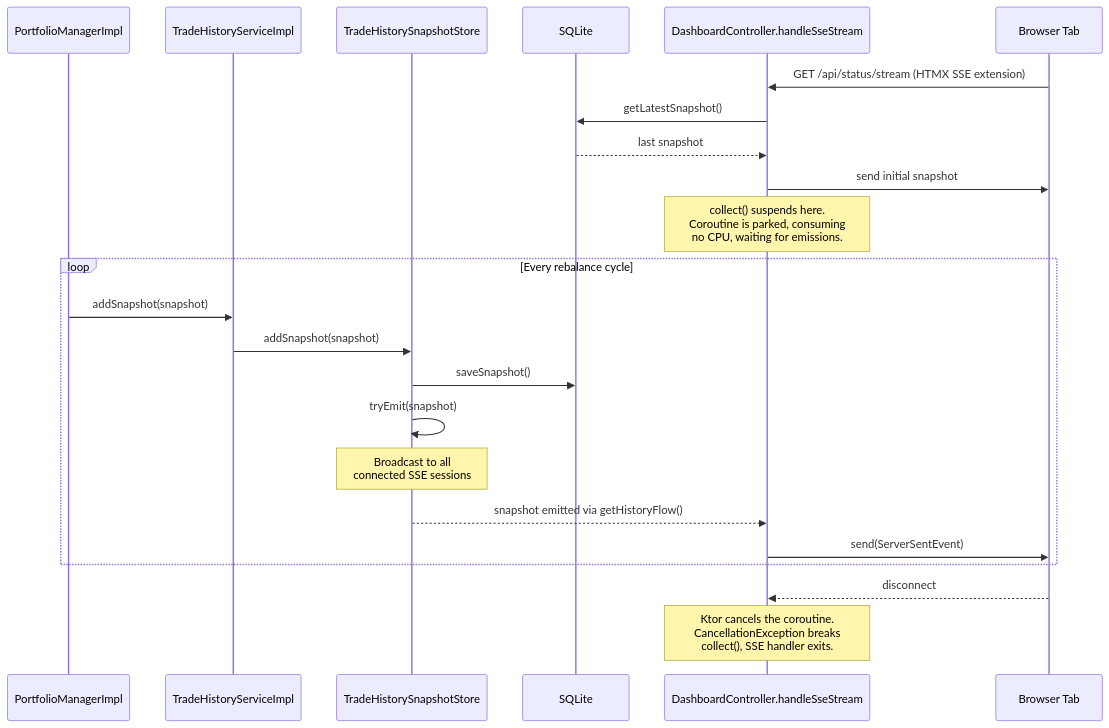
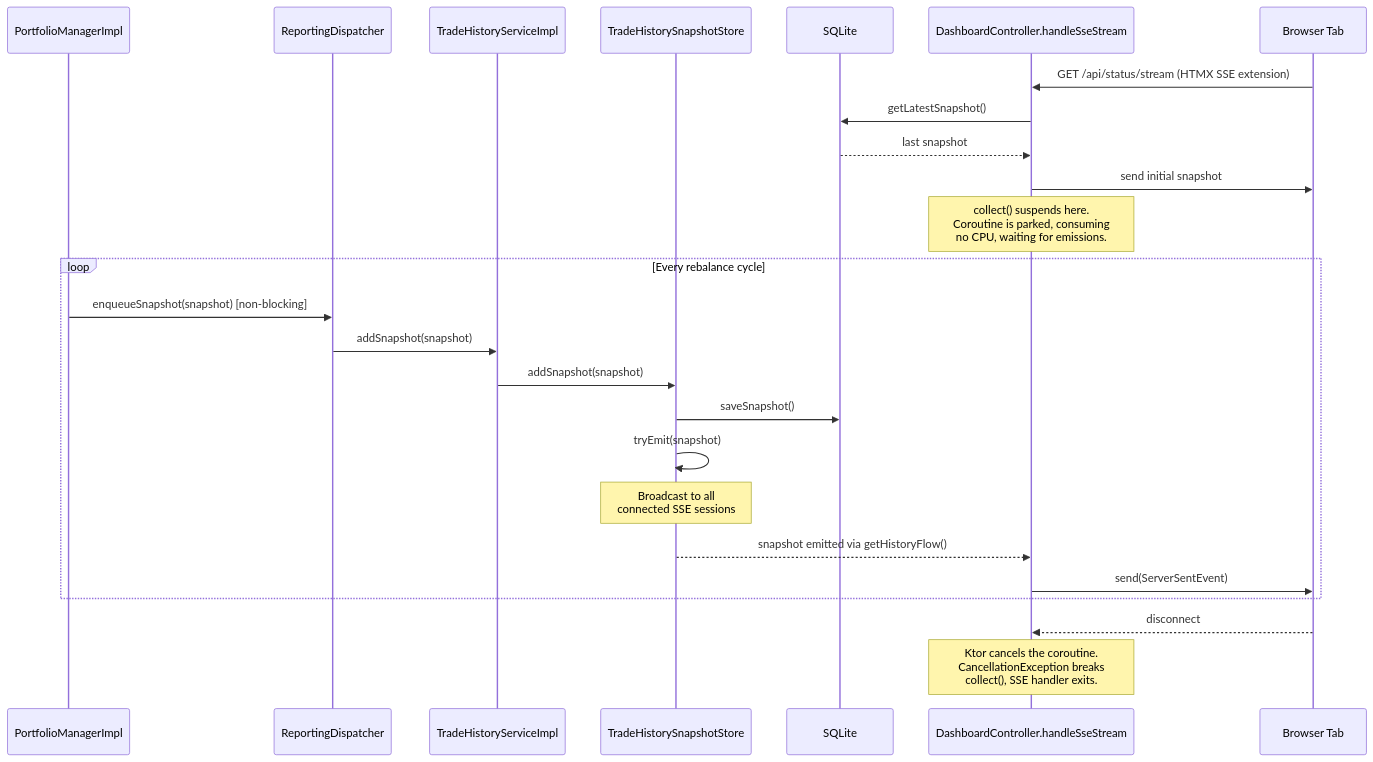
The third of 8 diagrams in docs/FLOWS.md (HyperVon/new-kraken-rebalancer), drawn with Mermaid before and after one commit. The commit also changed other lines of this file and 79 other files, not shown here.

````diff
--- a/docs/FLOWS.md
+++ b/docs/FLOWS.md
@@ -185,29 +197,31 @@
 ```mermaid
 sequenceDiagram
     participant PM as PortfolioManagerImpl
+    participant RD as ReportingDispatcher
     participant THS as TradeHistoryServiceImpl
     participant Store as TradeHistorySnapshotStore
     participant DB as SQLite
     participant SSE as DashboardController.handleSseStream
     participant Browser as Browser Tab
 
     Browser->>SSE: GET /api/status/stream (HTMX SSE extension)
     SSE->>DB: getLatestSnapshot()
     DB-->>SSE: last snapshot
     SSE->>Browser: send initial snapshot
 
     note over SSE: collect() suspends here.<br/>Coroutine is parked, consuming<br/>no CPU, waiting for emissions.
 
     loop Every rebalance cycle
-        PM->>THS: addSnapshot(snapshot)
+        PM->>RD: enqueueSnapshot(snapshot) [non-blocking]
+        RD->>THS: addSnapshot(snapshot)
         THS->>Store: addSnapshot(snapshot)
         Store->>DB: saveSnapshot()
         Store->>Store: tryEmit(snapshot)
         note over Store: Broadcast to all<br/>connected SSE sessions
         Store-->>SSE: snapshot emitted via getHistoryFlow()
         SSE->>Browser: send(ServerSentEvent)
     end
 
     Browser-->>SSE: disconnect
     note over SSE: Ktor cancels the coroutine.<br/>CancellationException breaks<br/>collect(), SSE handler exits.
 ```
````
